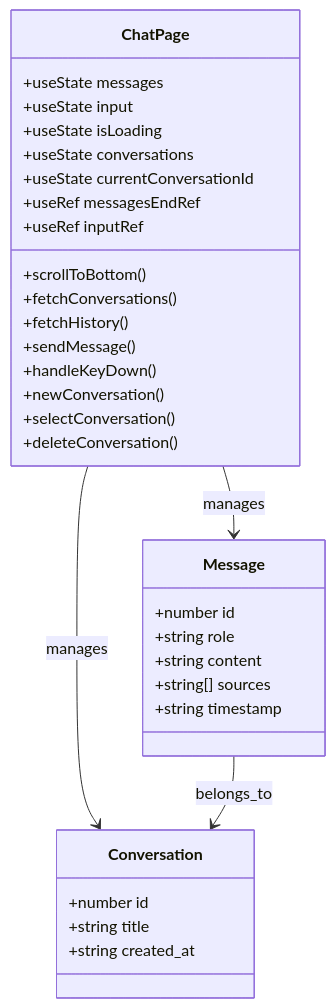
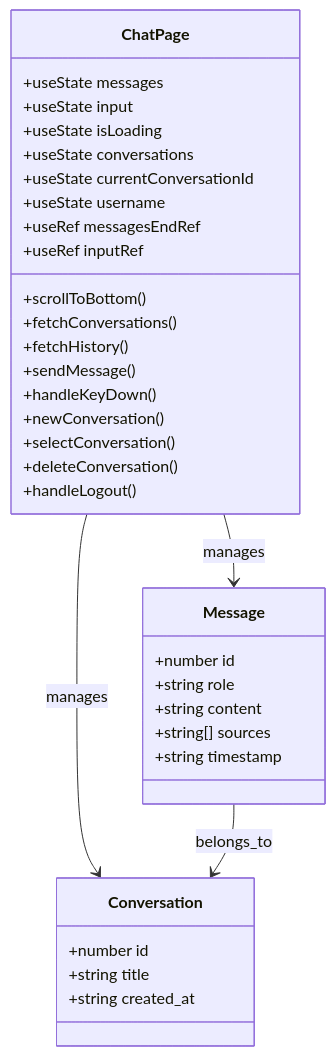
One commit to ghbbn053-ship-itsoulddog/soulddog changed the second of 12 diagrams in .qoder/repowiki/zh/content/前端应用文档/AI聊天界面与对话交互.md. Above: the diagram before and after it, drawn with Mermaid. The commit also changed other lines of this file and 6 other files, not shown here.

````diff
--- a/.qoder/repowiki/zh/content/前端应用文档/AI聊天界面与对话交互.md
+++ b/.qoder/repowiki/zh/content/前端应用文档/AI聊天界面与对话交互.md
@@ -91,35 +107,37 @@
 ```mermaid
 classDiagram
 class ChatPage {
 +useState messages
 +useState input
 +useState isLoading
 +useState conversations
 +useState currentConversationId
++useState username
 +useRef messagesEndRef
 +useRef inputRef
 +scrollToBottom()
 +fetchConversations()
 +fetchHistory()
 +sendMessage()
 +handleKeyDown()
 +newConversation()
 +selectConversation()
 +deleteConversation()
++handleLogout()
 }
 class Message {
 +number id
 +string role
 +string content
 +string[] sources
 +string timestamp
 }
 class Conversation {
 +number id
 +string title
 +string created_at
 }
 ChatPage --> Message : manages
 ChatPage --> Conversation : manages
 Message --> Conversation : belongs_to
 ```
````
